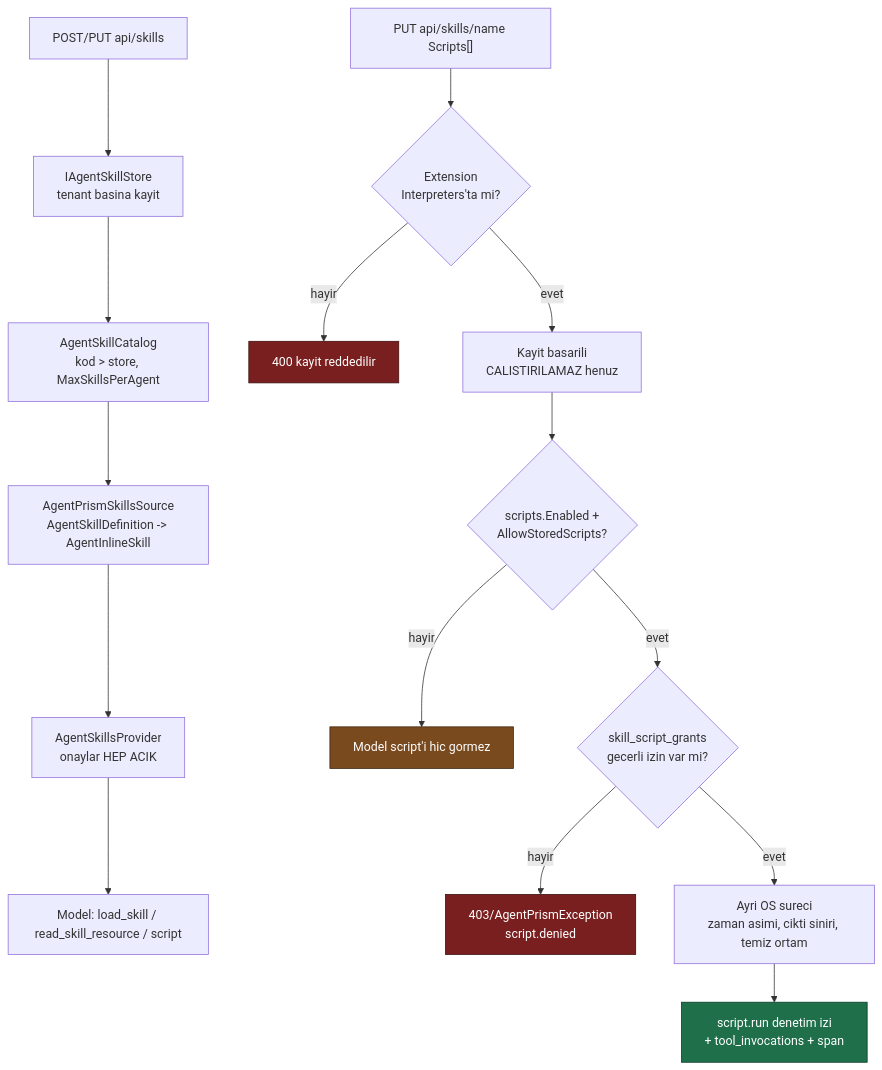
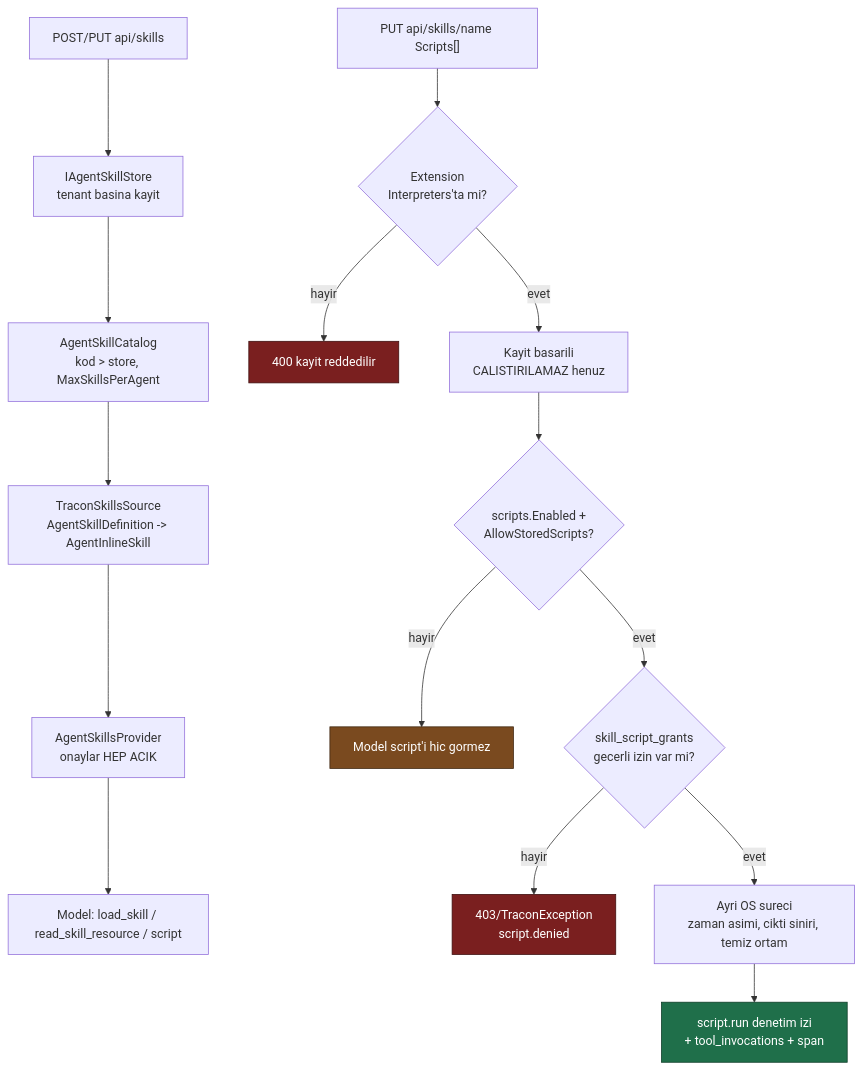
One commit to farukatasoy/Tracon changed the diagram in docs/manuel-test/14-SKILL-VE-SCRIPT.md. Above: the diagram before and after it, drawn with Mermaid. The commit also changed other lines of this file and 4535 other files, not shown here.

````diff
--- a/docs/manuel-test/14-SKILL-VE-SCRIPT.md
+++ b/docs/manuel-test/14-SKILL-VE-SCRIPT.md
@@ -38,23 +38,23 @@
 ```mermaid
 flowchart TD
     A["POST/PUT api/skills"] --> B["IAgentSkillStore<br/>tenant basina kayit"]
     B --> C["AgentSkillCatalog<br/>kod > store, MaxSkillsPerAgent"]
-    C --> D["AgentPrismSkillsSource<br/>AgentSkillDefinition -> AgentInlineSkill"]
+    C --> D["TraconSkillsSource<br/>AgentSkillDefinition -> AgentInlineSkill"]
     D --> E["AgentSkillsProvider<br/>onaylar HEP ACIK"]
     E --> F["Model: load_skill / read_skill_resource / script"]
 
     G["PUT api/skills/name Scripts[]"] --> H{"Extension<br/>Interpreters'ta mi?"}
     H -- "hayir" --> HX["400 kayit reddedilir"]
     H -- "evet" --> I["Kayit basarili<br/>CALISTIRILAMAZ henuz"]
     I --> J{"scripts.Enabled +<br/>AllowStoredScripts?"}
     J -- "hayir" --> JX["Model script'i hic gormez"]
     J -- "evet" --> K{"skill_script_grants<br/>gecerli izin var mi?"}
-    K -- "hayir" --> KX["403/AgentPrismException<br/>script.denied"]
+    K -- "hayir" --> KX["403/TraconException<br/>script.denied"]
     K -- "evet" --> L["Ayri OS sureci<br/>zaman asimi, cikti siniri, temiz ortam"]
     L --> M["script.run denetim izi<br/>+ tool_invocations + span"]
 
     style HX fill:#7a1f1f,stroke:#3d0f0f,color:#ffffff
     style JX fill:#7a4a1f,stroke:#3d250f,color:#ffffff
     style KX fill:#7a1f1f,stroke:#3d0f0f,color:#ffffff
     style M fill:#1f6f4a,stroke:#0d3b27,color:#ffffff
 ```
````
